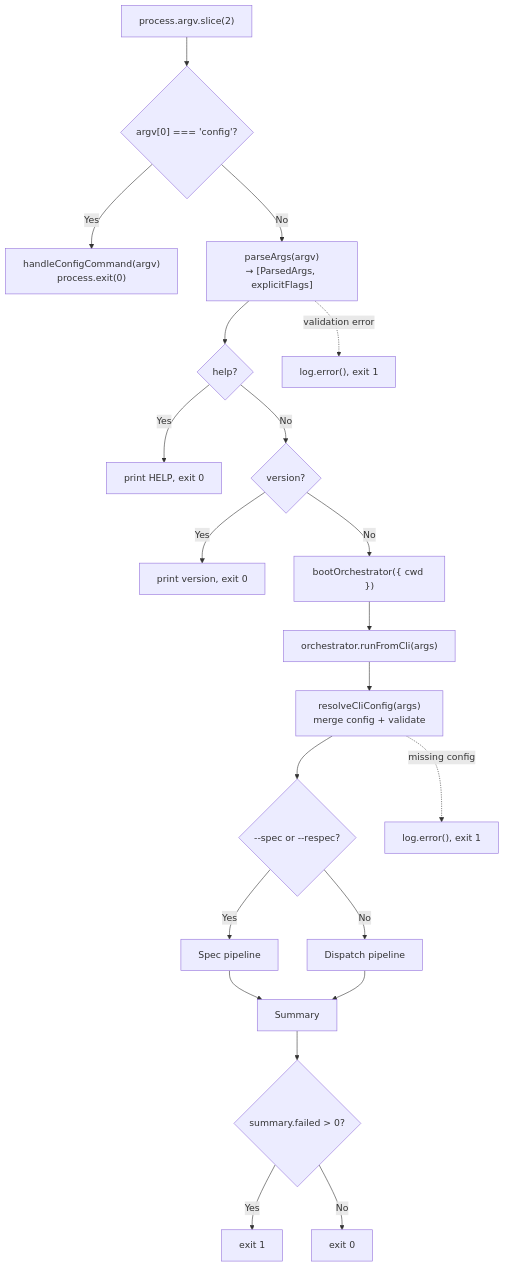
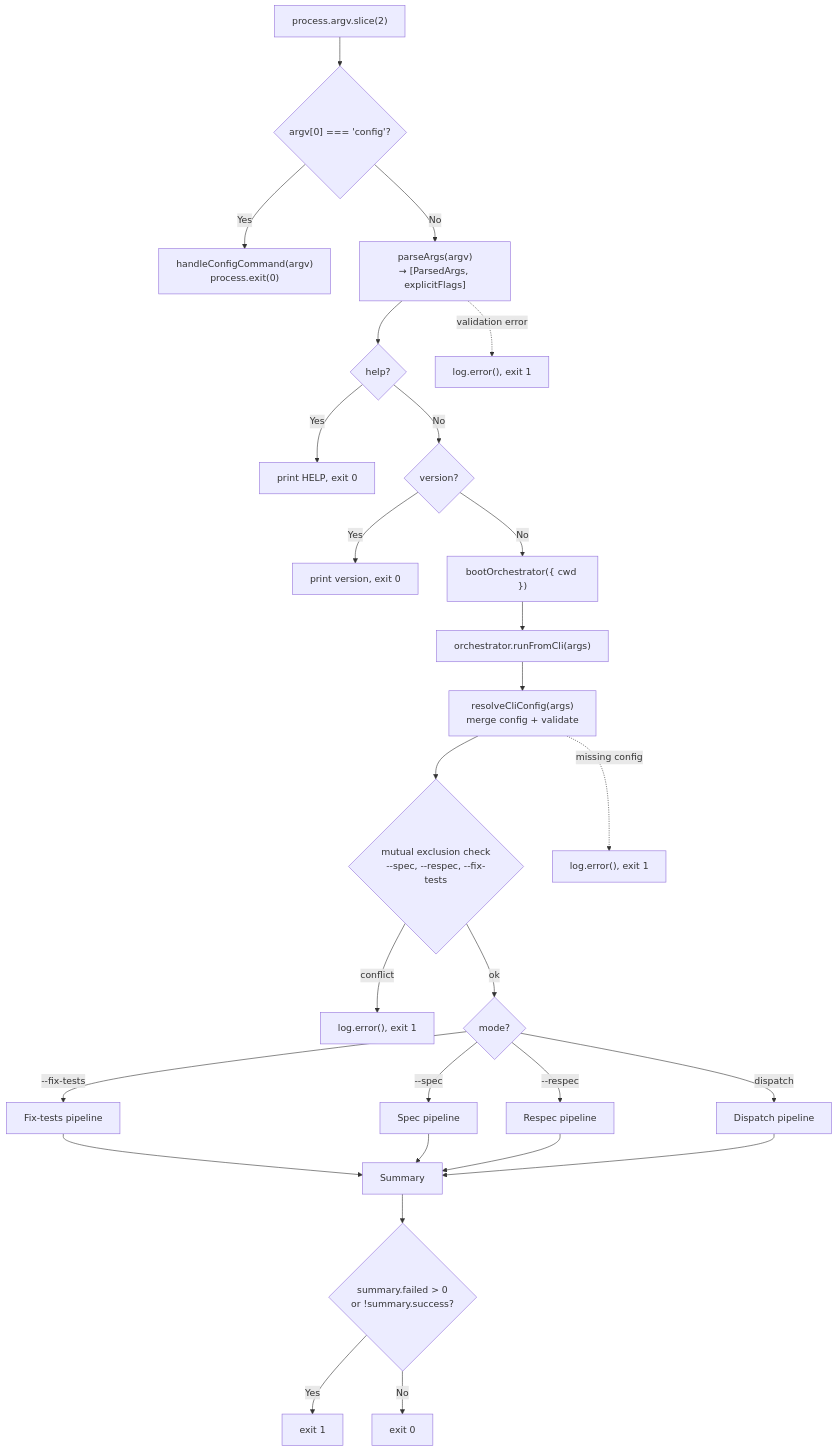
The second of 2 diagrams in docs/cli-orchestration/cli.md (PatrickRuddiman/Dispatch), drawn with Mermaid before and after one commit. The commit also changed other lines of this file and 51 other files, not shown here.

````diff
--- a/docs/cli-orchestration/cli.md
+++ b/docs/cli-orchestration/cli.md
@@ -389,23 +390,29 @@
 ```mermaid
 flowchart TD
     A["process.argv.slice(2)"] --> B{"argv[0] === 'config'?"}
     B -->|Yes| C["handleConfigCommand(argv)<br/>process.exit(0)"]
     B -->|No| D["parseArgs(argv)<br/>→ [ParsedArgs, explicitFlags]"]
     D --> E{"help?"}
     E -->|Yes| F["print HELP, exit 0"]
     E -->|No| G{"version?"}
     G -->|Yes| H["print version, exit 0"]
     G -->|No| I["bootOrchestrator({ cwd })"]
     I --> J["orchestrator.runFromCli(args)"]
     J --> K["resolveCliConfig(args)<br/>merge config + validate"]
-    K --> L{"--spec or --respec?"}
-    L -->|Yes| M["Spec pipeline"]
-    L -->|No| N["Dispatch pipeline"]
-    M --> O["Summary"]
+    K --> K2{"mutual exclusion check<br/>--spec, --respec, --fix-tests"}
+    K2 -->|conflict| S2["log.error(), exit 1"]
+    K2 -->|ok| L{"mode?"}
+    L -->|"--fix-tests"| L2["Fix-tests pipeline"]
+    L -->|"--spec"| M["Spec pipeline"]
+    L -->|"--respec"| M2["Respec pipeline"]
+    L -->|dispatch| N["Dispatch pipeline"]
+    L2 --> O["Summary"]
+    M --> O
+    M2 --> O
     N --> O
-    O --> P{"summary.failed > 0?"}
+    O --> P{"summary.failed > 0<br/>or !summary.success?"}
     P -->|Yes| Q["exit 1"]
     P -->|No| R["exit 0"]
     D -.->|validation error| S["log.error(), exit 1"]
     K -.->|missing config| T["log.error(), exit 1"]
 ```
````
